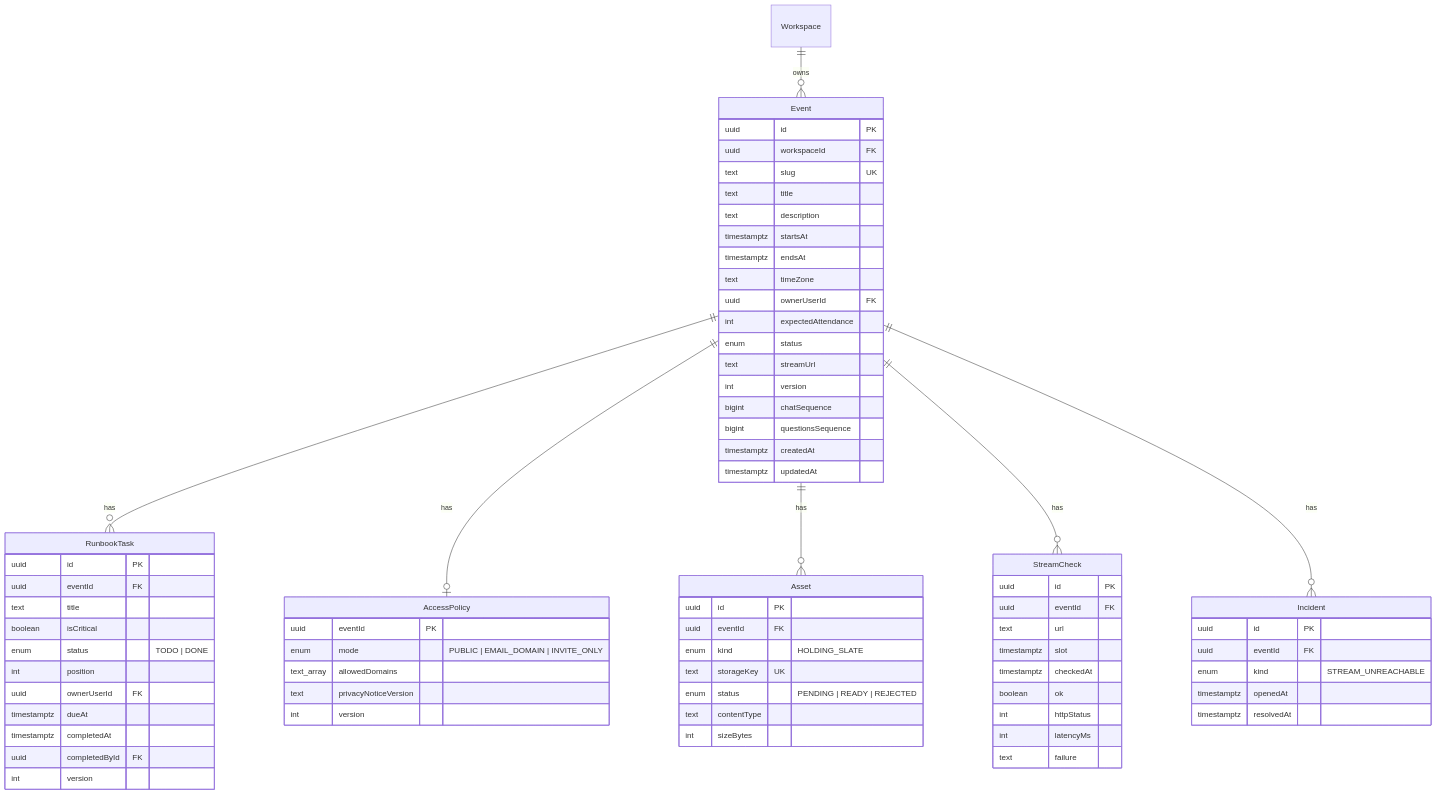
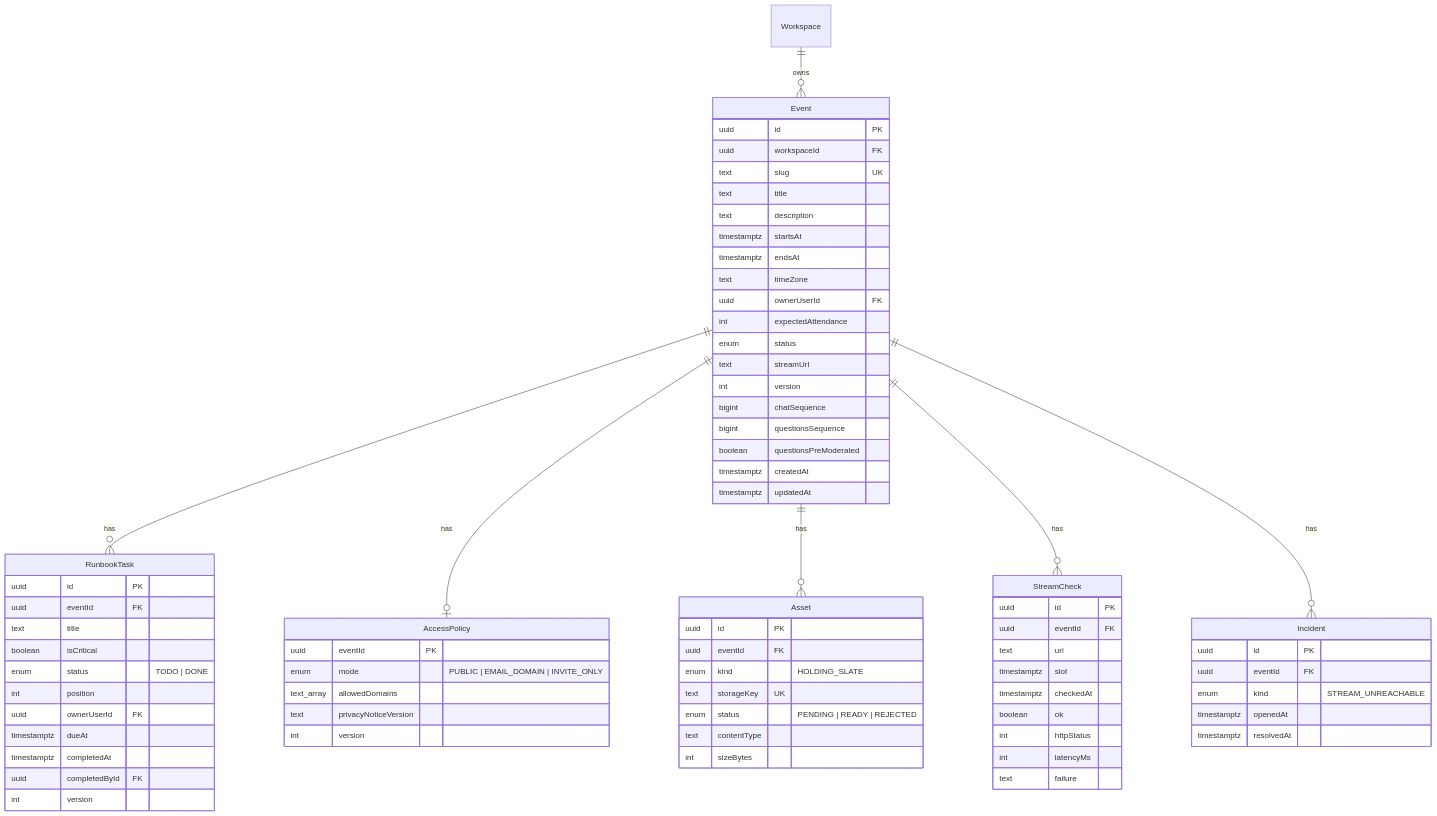
The third of 5 diagrams in docs/03-domain-and-data-model.md (zhanru-dev/GoLiveBoard), drawn with Mermaid before and after one commit. The commit also changed other lines of this file and 3 other files, not shown here.

````diff
--- a/docs/03-domain-and-data-model.md
+++ b/docs/03-domain-and-data-model.md
@@ -123,76 +123,77 @@
 ```mermaid
 erDiagram
   Workspace ||--o{ Event : owns
   Event ||--o{ RunbookTask : has
   Event ||--o| AccessPolicy : has
   Event ||--o{ Asset : has
   Event ||--o{ StreamCheck : has
   Event ||--o{ Incident : has
 
   Event {
     uuid id PK
     uuid workspaceId FK
     text slug UK
     text title
     text description
     timestamptz startsAt
     timestamptz endsAt
     text timeZone
     uuid ownerUserId FK
     int expectedAttendance
     enum status
     text streamUrl
     int version
     bigint chatSequence
     bigint questionsSequence
+    boolean questionsPreModerated
     timestamptz createdAt
     timestamptz updatedAt
   }
   RunbookTask {
     uuid id PK
     uuid eventId FK
     text title
     boolean isCritical
     enum status "TODO | DONE"
     int position
     uuid ownerUserId FK
     timestamptz dueAt
     timestamptz completedAt
     uuid completedById FK
     int version
   }
   AccessPolicy {
     uuid eventId PK
     enum mode "PUBLIC | EMAIL_DOMAIN | INVITE_ONLY"
     text_array allowedDomains
     text privacyNoticeVersion
     int version
   }
   Asset {
     uuid id PK
     uuid eventId FK
     enum kind "HOLDING_SLATE"
     text storageKey UK
     enum status "PENDING | READY | REJECTED"
     text contentType
     int sizeBytes
   }
   StreamCheck {
     uuid id PK
     uuid eventId FK
     text url
     timestamptz slot
     timestamptz checkedAt
     boolean ok
     int httpStatus
     int latencyMs
     text failure
   }
   Incident {
     uuid id PK
     uuid eventId FK
     enum kind "STREAM_UNREACHABLE"
     timestamptz openedAt
     timestamptz resolvedAt
   }
 ```
````
